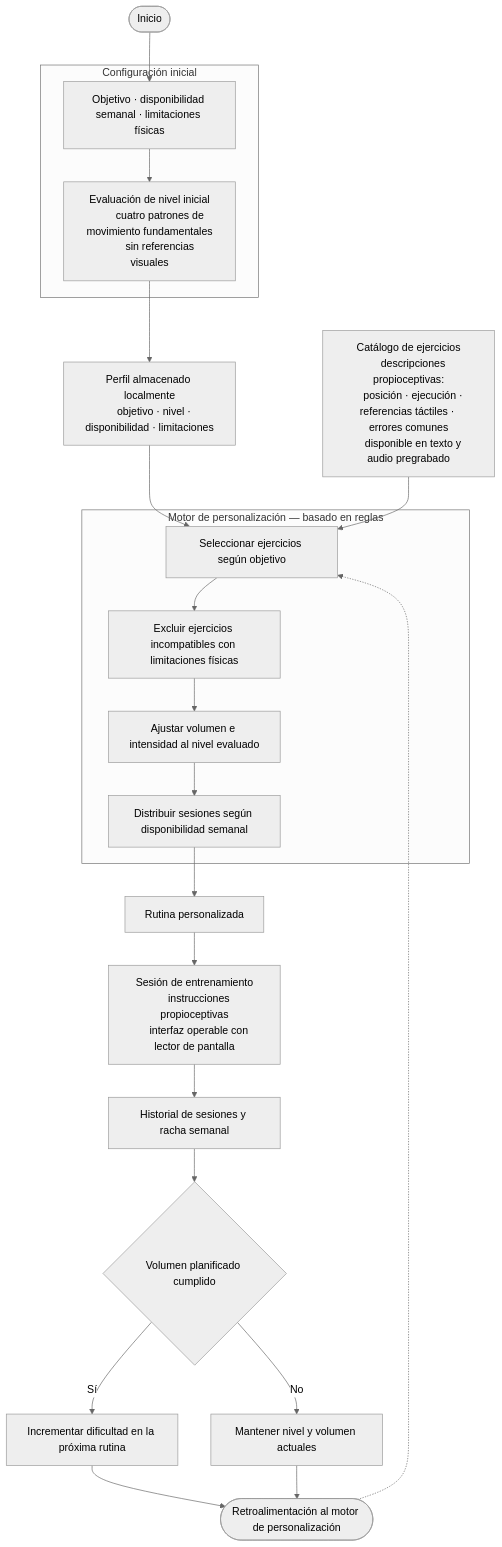
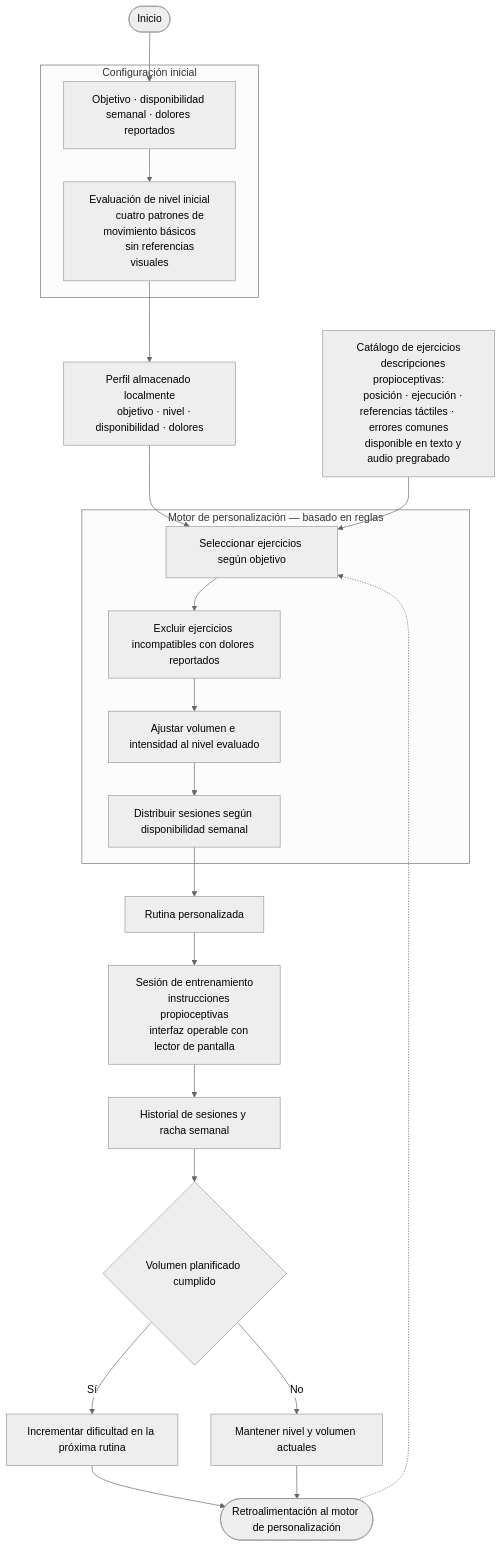
One commit to miguel-cinsfran/anteproyecto-tesis-2026 changed the diagram in docs/diagrama-flujo-generacion-rutinas.md. Above: the diagram before and after it, drawn with Mermaid (neutral theme). The commit also changed other lines of this file and 1 other file, not shown here.

Commit message:
algunos cambios a los gráficos

````diff
--- a/docs/diagrama-flujo-generacion-rutinas.md
+++ b/docs/diagrama-flujo-generacion-rutinas.md
@@ -3,41 +3,41 @@
 ```mermaid
 flowchart TD
     A([Inicio]) --> B
 
     subgraph S1["Configuración inicial"]
-        B["Objetivo · disponibilidad semanal · limitaciones físicas"]
+        B["Objetivo · disponibilidad semanal · dolores reportados"]
         B --> C["Evaluación de nivel inicial
-        cuatro patrones de movimiento fundamentales
+        cuatro patrones de movimiento básicos
         sin referencias visuales"]
     end
 
     C --> D["Perfil almacenado localmente
-    objetivo · nivel · disponibilidad · limitaciones"]
+    objetivo · nivel · disponibilidad · dolores"]
 
     CAT["Catálogo de ejercicios
     descripciones propioceptivas:
     posición · ejecución · referencias táctiles · errores comunes
     disponible en texto y audio pregrabado"]
 
     D --> SEL
     CAT --> SEL
 
     subgraph S2["Motor de personalización — basado en reglas"]
         SEL["Seleccionar ejercicios según objetivo"]
-        SEL --> EXC["Excluir ejercicios incompatibles con limitaciones físicas"]
+        SEL --> EXC["Excluir ejercicios incompatibles con dolores reportados"]
         EXC --> AJU["Ajustar volumen e intensidad al nivel evaluado"]
         AJU --> DIS["Distribuir sesiones según disponibilidad semanal"]
     end
 
     DIS --> RUT["Rutina personalizada"]
     RUT --> SES["Sesión de entrenamiento
     instrucciones propioceptivas
     interfaz operable con lector de pantalla"]
     SES --> HIST["Historial de sesiones y racha semanal"]
     HIST --> DEC{Volumen planificado cumplido}
     DEC -- Sí --> INC["Incrementar dificultad en la próxima rutina"]
     DEC -- No --> MAN["Mantener nivel y volumen actuales"]
     INC --> FB([Retroalimentación al motor de personalización])
     MAN --> FB
     FB -.-> SEL
 ```
````
